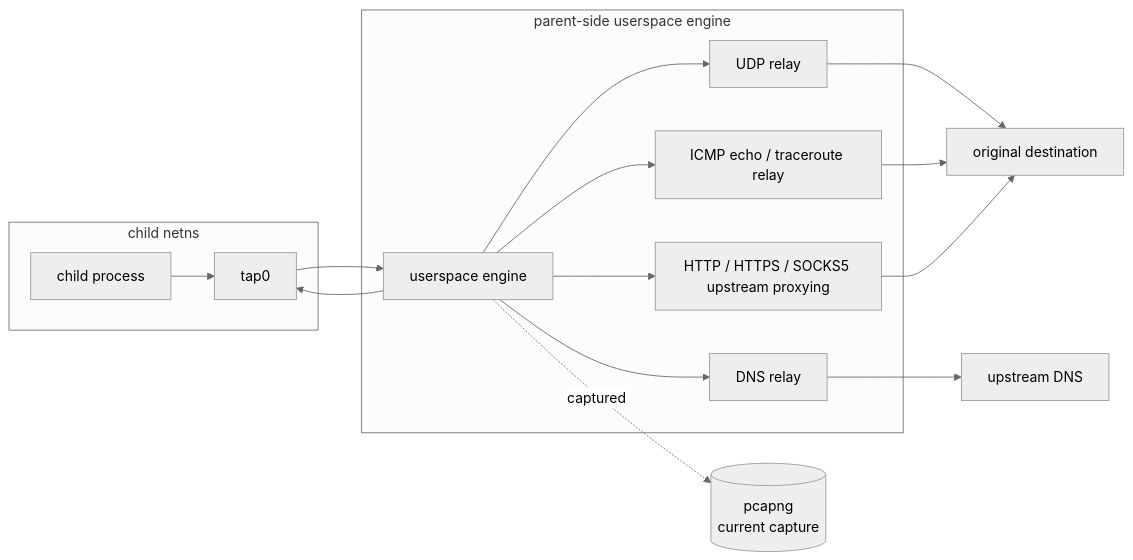
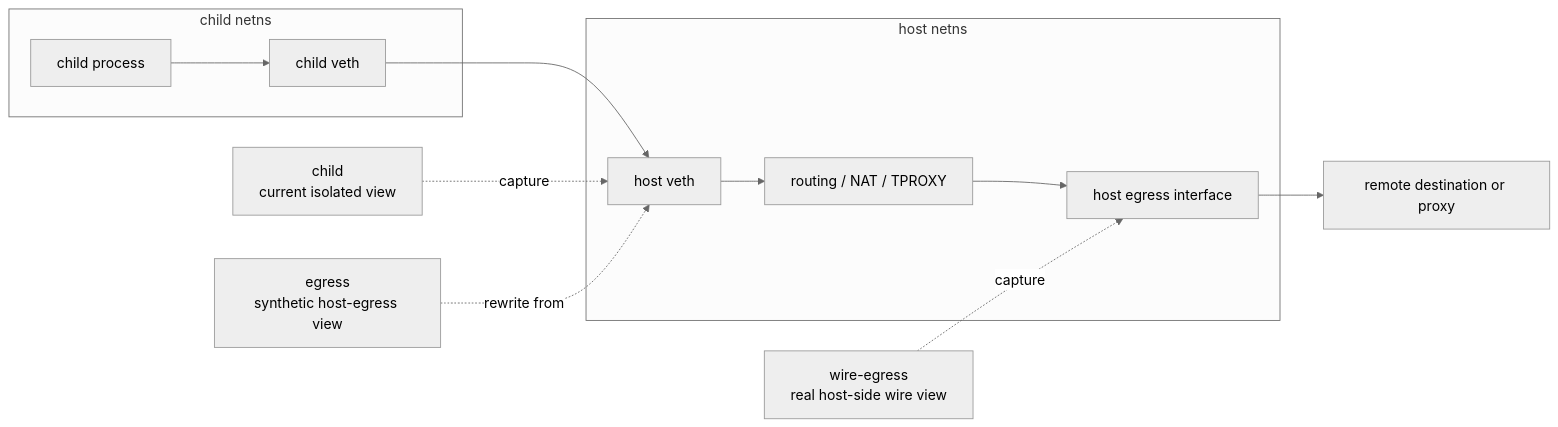
One commit to blacknon/childflow changed the second of 2 diagrams in docs/technical-details.md. Above: the diagram before and after it, drawn with Mermaid (neutral theme). The commit also changed other lines of this file and 26 other files, not shown here.

````diff
--- a/docs/technical-details.md
+++ b/docs/technical-details.md
@@ -104,32 +94,22 @@
 ```mermaid
 flowchart LR
     subgraph ChildNetNS["child netns"]
         CP["child process"]
-        TAP["tap0"]
-        CP --> TAP
+        CV["child veth"]
+        CP --> CV
     end
 
-    subgraph ParentSide["parent-side userspace engine"]
-        ENG["userspace engine"]
-        DNSR["DNS relay"]
-        PROXY["HTTP / HTTPS / SOCKS5 upstream proxying"]
-        ICMP["ICMP echo / traceroute relay"]
-        UDPR["UDP relay"]
+    subgraph HostNetNS["host netns"]
+        HV["host veth"]
+        NAT["routing / NAT / TPROXY"]
+        WIRE["host egress interface"]
     end
 
-    OD["original destination"]
-    DNSU["upstream DNS"]
-    PCAP[("pcapng\ncurrent capture")]
+    REM["remote destination or proxy"]
 
-    TAP --> ENG
-    ENG -. captured .-> PCAP
-    ENG --> UDPR
-    UDPR --> OD
-    ENG --> ICMP
-    ICMP --> OD
-    ENG --> DNSR
-    DNSR --> DNSU
-    ENG --> PROXY
-    PROXY --> OD
-    ENG --> TAP
+    CV --> HV --> NAT --> WIRE --> REM
+
+    C1["child\ncurrent isolated view"] -. capture .-> HV
+    C2["egress\nsynthetic host-egress view"] -. rewrite from .-> HV
+    C3["wire-egress\nreal host-side wire view"] -. capture .-> WIRE
 ```
````
